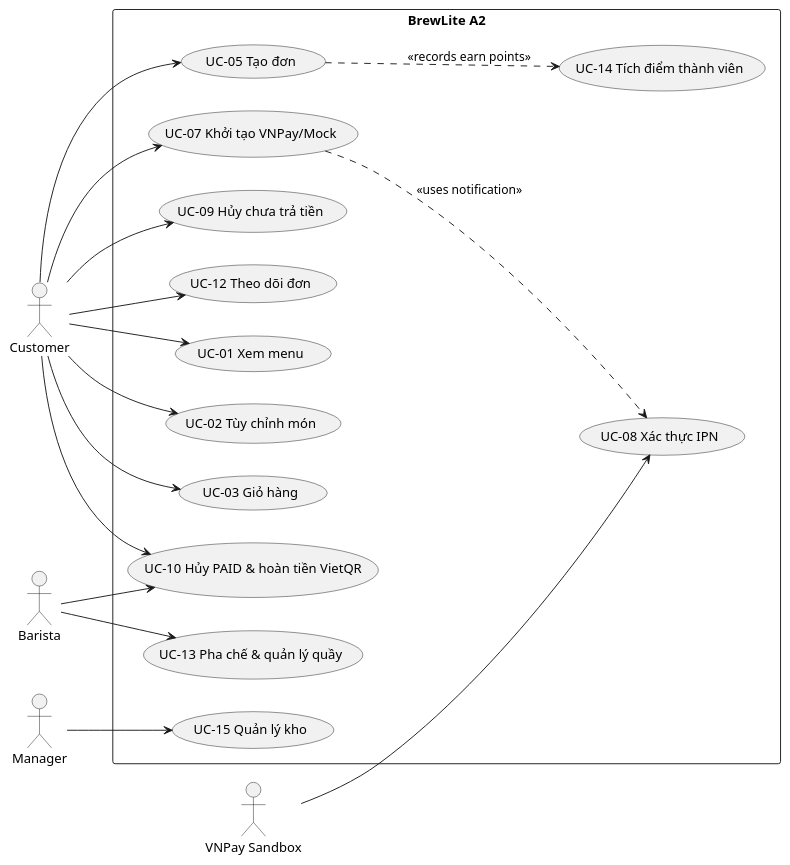
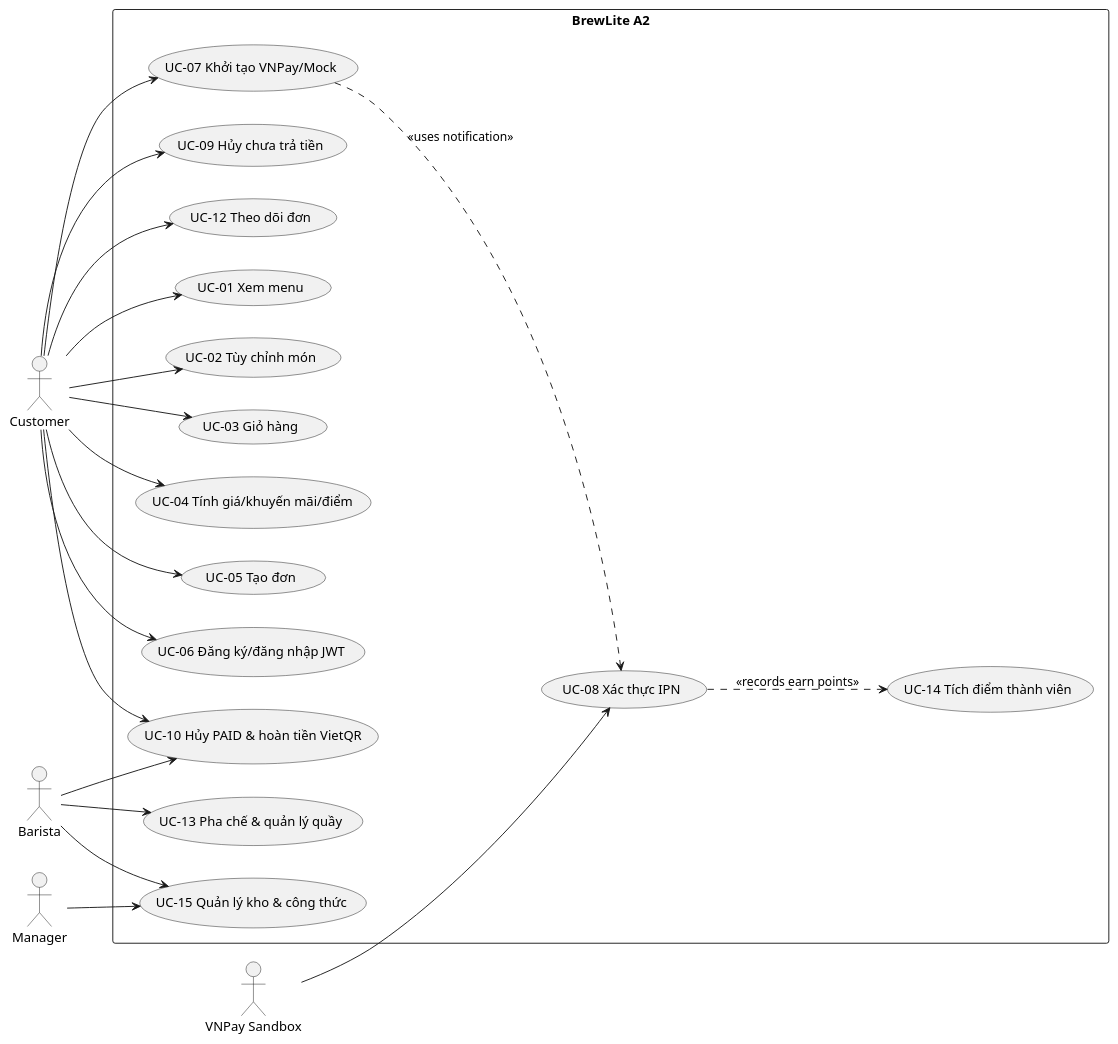
Before and after one commit to Thaitruong26/Brewlite-A2: the diagram in docs/requirements/use-case-overview.puml, drawn with PlantUML. The commit also changed 6 other files, not shown here.

```diff
--- a/docs/requirements/use-case-overview.puml
+++ b/docs/requirements/use-case-overview.puml
@@ -1,36 +1,41 @@
 @startuml
 left to right direction
 skinparam shadowing false
 actor "Customer" as C
 actor "Barista" as B
 actor "Manager" as M
 actor "VNPay Sandbox" as V
 rectangle "BrewLite A2" {
   usecase "UC-01 Xem menu" as uc01
   usecase "UC-02 Tùy chỉnh món" as uc02
   usecase "UC-03 Giỏ hàng" as uc03
+  usecase "UC-04 Tính giá/khuyến mãi/điểm" as uc04
   usecase "UC-05 Tạo đơn" as uc05
+  usecase "UC-06 Đăng ký/đăng nhập JWT" as uc06
   usecase "UC-07 Khởi tạo VNPay/Mock" as uc07
   usecase "UC-08 Xác thực IPN" as uc08
   usecase "UC-09 Hủy chưa trả tiền" as uc09
   usecase "UC-10 Hủy PAID & hoàn tiền VietQR" as uc10
   usecase "UC-12 Theo dõi đơn" as uc12
   usecase "UC-13 Pha chế & quản lý quầy" as uc13
   usecase "UC-14 Tích điểm thành viên" as uc14
-  usecase "UC-15 Quản lý kho" as uc15
+  usecase "UC-15 Quản lý kho & công thức" as uc15
 }
 C --> uc01
 C --> uc02
 C --> uc03
+C --> uc04
 C --> uc05
+C --> uc06
 C --> uc07
 C --> uc09
 C --> uc10
 C --> uc12
 B --> uc10
 B --> uc13
+B --> uc15
 M --> uc15
 V --> uc08
 uc07 ..> uc08 : <<uses notification>>
-uc05 ..> uc14 : <<records earn points>>
+uc08 ..> uc14 : <<records earn points>>
 @enduml
```
